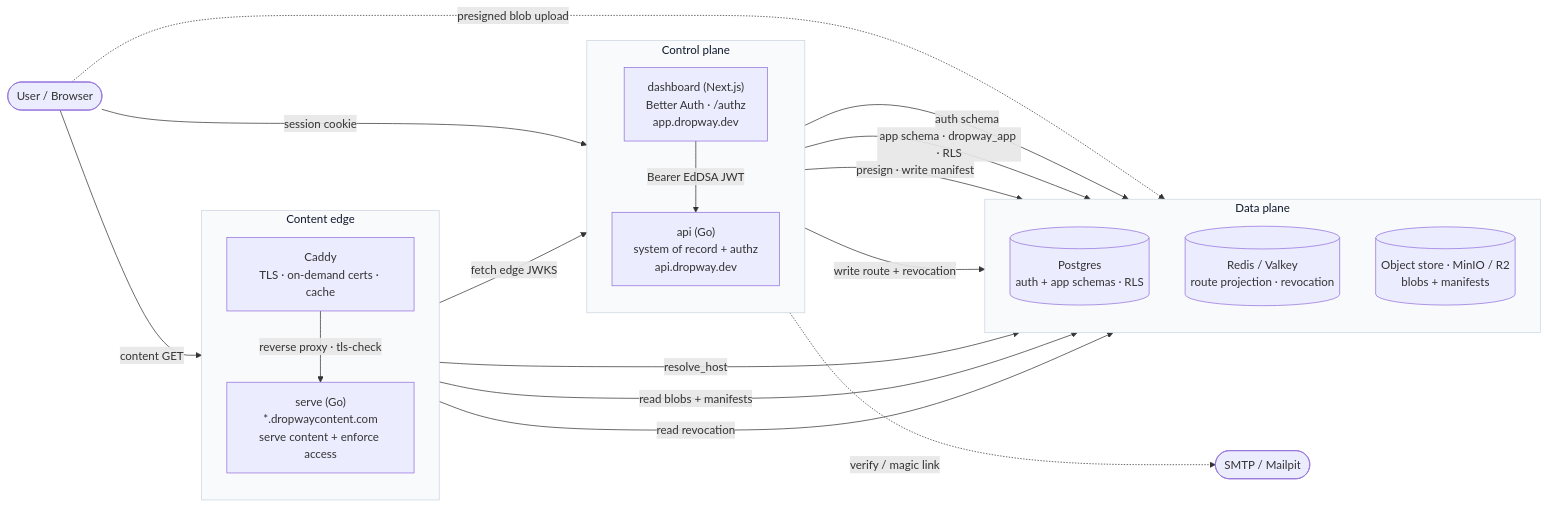
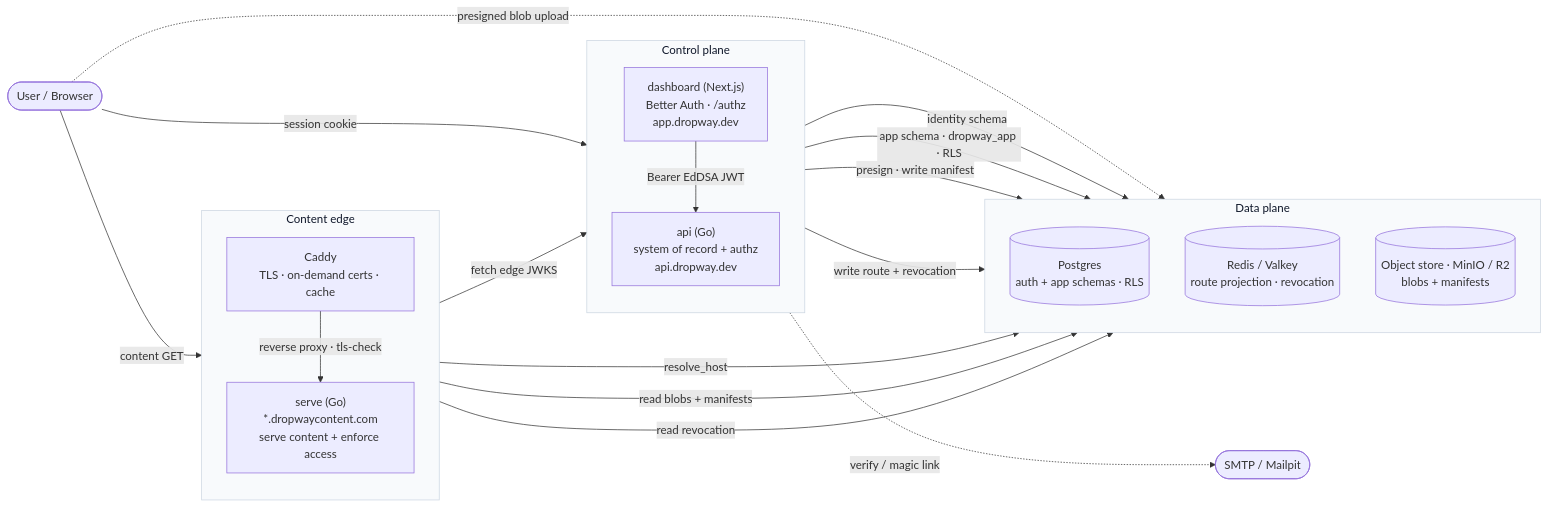
The first of 2 diagrams in docs/diagrams/README.md (danielpang/dropway), drawn with Mermaid before and after one commit. The commit also changed other lines of this file and 46 other files, not shown here.

First line of the commit message:
refactor(db): rename Better Auth schema auth→identity + squash app migrations

````diff
--- a/docs/diagrams/README.md
+++ b/docs/diagrams/README.md
@@ -17,43 +17,43 @@
 ```mermaid
 flowchart LR
   user(["User / Browser"])
 
   subgraph edge["Content edge"]
     direction TB
     caddy["Caddy<br/>TLS · on-demand certs · cache"]
     serve["serve (Go)<br/>*.dropwaycontent.com<br/>serve content + enforce access"]
   end
 
   subgraph control["Control plane"]
     direction TB
     dash["dashboard (Next.js)<br/>Better Auth · /authz<br/>app.dropway.dev"]
     api["api (Go)<br/>system of record + authz<br/>api.dropway.dev"]
   end
 
   subgraph datap["Data plane"]
     direction TB
     pg[("Postgres<br/>auth + app schemas · RLS")]
     redis[("Redis / Valkey<br/>route projection · revocation")]
     store[("Object store · MinIO / R2<br/>blobs + manifests")]
   end
 
   smtp(["SMTP / Mailpit"])
 
   user -->|session cookie| dash
   user -->|content GET| caddy
   user -. presigned blob upload .-> store
   caddy -->|reverse proxy · tls-check| serve
   dash -->|Bearer EdDSA JWT| api
-  dash -->|auth schema| pg
+  dash -->|identity schema| pg
   dash -. verify / magic link .-> smtp
   api -->|app schema · dropway_app · RLS| pg
   api -->|presign · write manifest| store
   api -->|write route + revocation| redis
   serve -->|resolve_host| pg
   serve -->|read blobs + manifests| store
   serve -->|read revocation| redis
   serve -->|fetch edge JWKS| api
 
   classDef plane fill:#f8fafc,stroke:#cbd5e1,color:#0f172a;
   class edge,control,datap plane;
 ```
````
